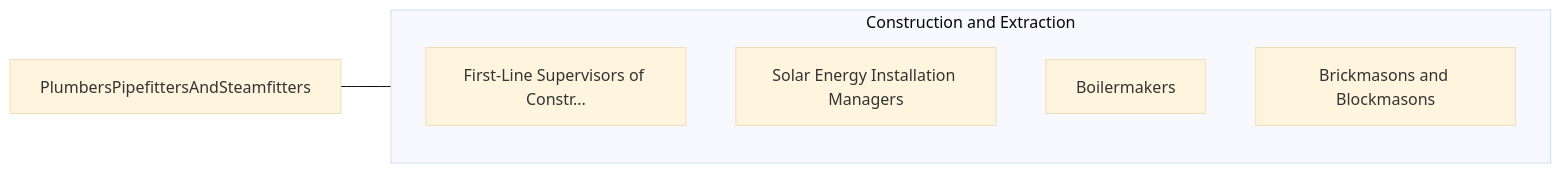
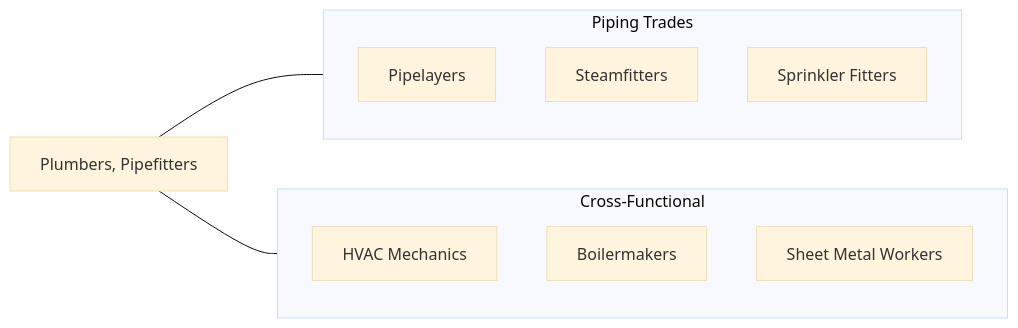
The fourth of 4 diagrams in occupations/Construction/PlumbersPipefittersAndSteamfitters.mdx (kziemski/business.org.ai), drawn with Mermaid (base theme) before and after one commit. The commit also changed other lines of this file and 938 other files, not shown here.

````diff
--- a/occupations/Construction/PlumbersPipefittersAndSteamfitters.mdx
+++ b/occupations/Construction/PlumbersPipefittersAndSteamfitters.mdx
@@ -116,13 +197,16 @@
 ```mermaid
 graph LR
-    Current["PlumbersPipefittersAndSteamfitters"]
-
-    subgraph SameCategory["Construction and Extraction"]
-        FirstLineSupervisors["First-Line Supervisors of Constr..."]
-        SolarEnergyInstallat["Solar Energy Installation Managers"]
-        Boilermakers["Boilermakers"]
-        BrickmasonsAndBlockm["Brickmasons and Blockmasons"]
+    Current["Plumbers, Pipefitters"]
+    subgraph Same["Piping Trades"]
+        Pipelayer["Pipelayers"]
+        SteamFit["Steamfitters"]
+        Sprinkler["Sprinkler Fitters"]
     end
-
-    Current --- SameCategory
+    subgraph Cross["Cross-Functional"]
+        HVAC["HVAC Mechanics"]
+        Boiler["Boilermakers"]
+        SheetMetal["Sheet Metal Workers"]
+    end
+    Current --- Same
+    Current --- Cross
 ```
````
